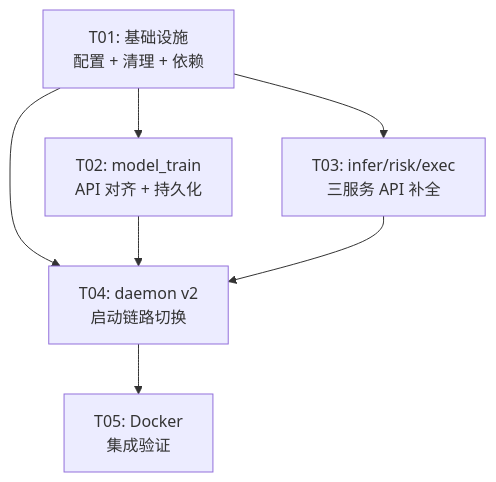
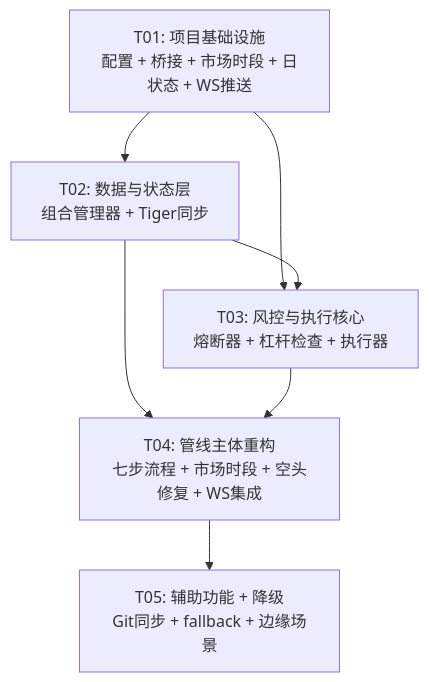
Before and after one commit to AndrewMa1992/quant-ai-trader: the third of 3 diagrams in docs/system_design.md, drawn with Mermaid. The commit also changed other lines of this file and 35 other files, not shown here.

````diff
--- a/docs/system_design.md
+++ b/docs/system_design.md
@@ -815,15 +602,15 @@
 ```mermaid
 graph TD
-    T01["T01: 基础设施<br/>配置 + 清理 + 依赖"]
-    T02["T02: model_train<br/>API 对齐 + 持久化"]
-    T03["T03: infer/risk/exec<br/>三服务 API 补全"]
-    T04["T04: daemon v2<br/>启动链路切换"]
-    T05["T05: Docker<br/>集成验证"]
+    T01[T01: 项目基础设施<br/>配置 + 桥接 + 市场时段 + 日状态 + WS推送]
+    T02[T02: 数据与状态层<br/>组合管理器 + Tiger同步]
+    T03[T03: 风控与执行核心<br/>熔断器 + 杠杆检查 + 执行器]
+    T04[T04: 管线主体重构<br/>七步流程 + 市场时段 + 空头修复 + WS集成]
+    T05[T05: 辅助功能 + 降级<br/>Git同步 + fallback + 边缘场景]
 
     T01 --> T02
     T01 --> T03
-    T01 --> T04
+    T02 --> T03
     T02 --> T04
     T03 --> T04
     T04 --> T05
 ```
````
